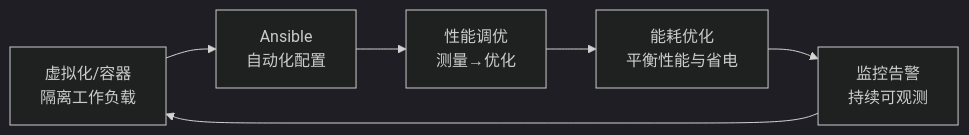
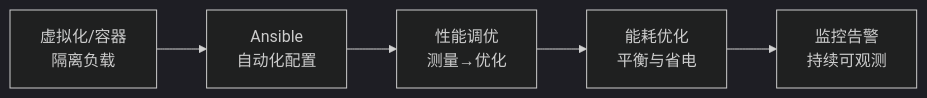
The diagram in docs/08-进阶主题/README.md (cv-superding/nas-guide), drawn with Mermaid (dark theme) before and after one commit. The commit also changed other lines of this file and 2 other files, not shown here.

First line of the commit message:
docs(重构): 重写第8、9章与附录概览,全部章节概览配图完成

````diff
--- a/docs/08-进阶主题/README.md
+++ b/docs/08-进阶主题/README.md
@@ -34,8 +29,7 @@
 ```mermaid
 flowchart LR
-    A[虚拟化/容器<br/>隔离工作负载] --> B[Ansible<br/>自动化配置]
+    A[虚拟化/容器<br/>隔离负载] --> B[Ansible<br/>自动化配置]
     B --> C[性能调优<br/>测量→优化]
-    C --> D[能耗优化<br/>平衡性能与省电]
+    C --> D[能耗优化<br/>平衡与省电]
     D --> E[监控告警<br/>持续可观测]
-    E --> A
 ```
````
